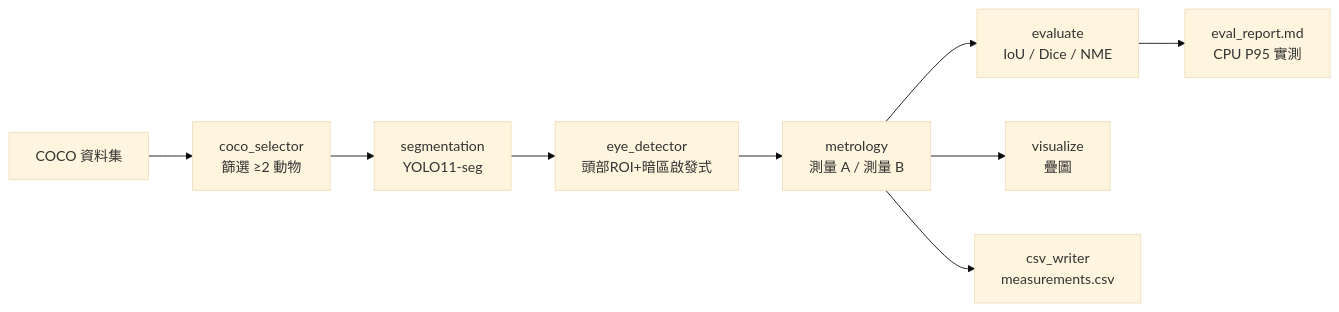
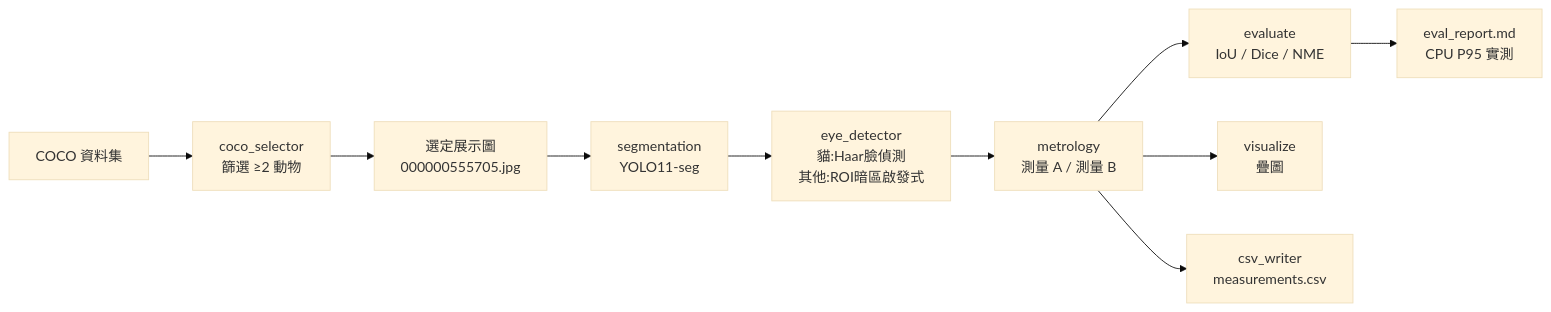
The diagram in README.md (JARVIS-coding-Agent/Image_Segmentation_Metrology), drawn with Mermaid (base theme) before and after one commit. The commit also changed other lines of this file and 1 other file, not shown here.

Commit message:
docs: update architecture diagram for fixed demo image + cat-face eyes
- add '選定展示圖 000000555705.jpg' node after coco_selector (selection
  module still runs over the subset; demo fixes a single image)
- update eye_detector node: cat = Haar face + in-face dark point,
  others = ROI dark-region heuristic
- sync module table and README mermaid diagram

````diff
--- a/README.md
+++ b/README.md
@@ -164,11 +164,12 @@
 ```mermaid
 flowchart LR
     A["COCO 資料集"] --> B["coco_selector<br/>篩選 ≥2 動物"]
-    B --> C["segmentation<br/>YOLO11-seg"]
-    C --> D["eye_detector<br/>頭部ROI+暗區啟發式"]
+    B --> S["選定展示圖<br/>000000555705.jpg"]
+    S --> C["segmentation<br/>YOLO11-seg"]
+    C --> D["eye_detector<br/>貓:Haar臉偵測<br/>其他:ROI暗區啟發式"]
     D --> E["metrology<br/>測量 A / 測量 B"]
     E --> F["evaluate<br/>IoU / Dice / NME"]
     E --> G["visualize<br/>疊圖"]
     E --> H["csv_writer<br/>measurements.csv"]
     F --> I["eval_report.md<br/>CPU P95 實測"]
 ```
````
